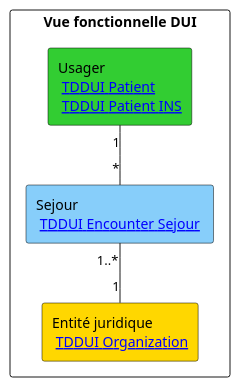
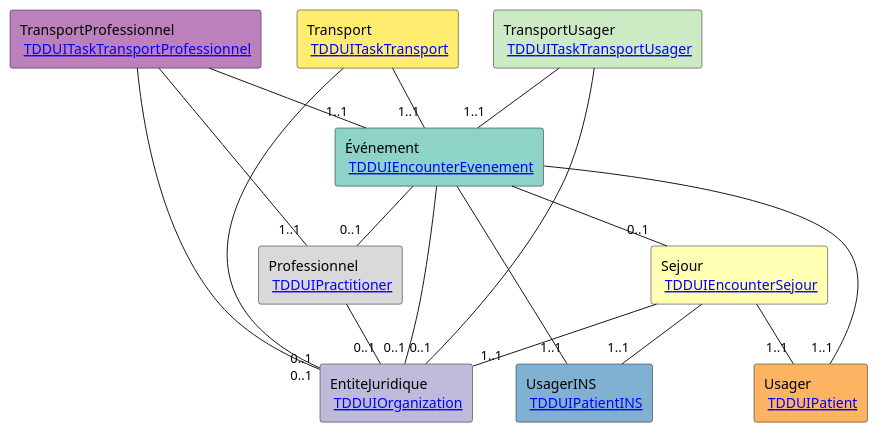
One commit to ansforge/IG-fhir-medicosocial-transfert-donnees-dui changed the diagram in input/images-source/mapping_global.plantuml. Above: the diagram before and after it, drawn with PlantUML. The commit also changed 7 other files, not shown here.

Commit message:
Ajout des diagrammes de mapping

```diff
--- a/input/images-source/mapping_global.plantuml
+++ b/input/images-source/mapping_global.plantuml
@@ -1,17 +1,44 @@
 @startuml
 
-'Declaration des éléments
-rectangle "Vue fonctionnelle DUI" {
+rectangle "Événement \n [[StructureDefinition-tddui-encounter-evenement.html TDDUIEncounterEvenement]]" as Événement #8dd3c7 
 
-    rectangle "Sejour \n [[StructureDefinition-tddui-encounter-sejour.html TDDUI Encounter Sejour]] " as Sejour #LightSkyBlue;line:Black;text:Black
+rectangle "Sejour \n [[StructureDefinition-tddui-encounter-sejour.html TDDUIEncounterSejour]]" as Sejour #ffffb3 
 
-    rectangle "Entité juridique \n [[StructureDefinition-tddui-organization.html TDDUI Organization]]" as EJ #Gold;line:Black;text:Black
+rectangle "EntiteJuridique \n [[StructureDefinition-tddui-organization.html TDDUIOrganization]]" as EntiteJuridique #bebada 
 
-    rectangle "Usager \n [[StructureDefinition-tddui-patient.html TDDUI Patient]] \n [[StructureDefinition-tddui-patient-ins.html TDDUI Patient INS]]" as Usager #LimeGreen;line:Black;text:Black
-}
+rectangle "UsagerINS \n [[StructureDefinition-tddui-patient-ins.html TDDUIPatientINS]]" as UsagerINS #80b1d3 
 
-'Liens entre éléments
-Usager "1"--"*" Sejour
-Sejour "1..*"--"1" EJ
+rectangle "Usager \n [[StructureDefinition-tddui-patient.html TDDUIPatient]]" as Usager #fdb462 
+
+rectangle "Professionnel \n [[StructureDefinition-tddui-practitioner-role.html TDDUIPractitionerRole]]" as Professionnel #b3de69 
+
+rectangle "Professionnel \n [[StructureDefinition-tddui-practitioner.html TDDUIPractitioner]]" as Professionnel #d9d9d9 
+
+rectangle "TransportProfessionnel \n [[StructureDefinition-tddui-task-transport-professionnel.html TDDUITaskTransportProfessionnel]]" as TransportProfessionnel #bc80bd 
+
+rectangle "Transport \n [[StructureDefinition-tddui-task-transport-professionnel.html TDDUITaskTransportProfessionnel]]" as Transport #bc80bd 
+
+rectangle "TransportUsager \n [[StructureDefinition-tddui-task-transport-usager.html TDDUITaskTransportUsager]]" as TransportUsager #ccebc5 
+
+rectangle "Transport \n [[StructureDefinition-tddui-task-transport-usager.html TDDUITaskTransportUsager]]" as Transport #ccebc5 
+
+rectangle "Transport \n [[StructureDefinition-tddui-task-transport.html TDDUITaskTransport]]" as Transport #ffed6f 
+
+Événement -- "1..1" Usager
+Événement -- "1..1" UsagerINS
+Événement -- "0..1" Professionnel
+Événement -- "0..1" EntiteJuridique
+Événement -- "0..1" Sejour
+Sejour -- "1..1" Usager
+Sejour -- "1..1" UsagerINS
+Sejour -- "1..1" EntiteJuridique
+Professionnel -- "0..1" EntiteJuridique
+TransportProfessionnel -- "1..1" Événement
+TransportProfessionnel -- "0..1" EntiteJuridique
+TransportProfessionnel -- "1..1" Professionnel
+Transport -- "1..1" Événement
+Transport -- "0..1" EntiteJuridique
+TransportUsager -- "1..1" Événement
+TransportUsager -- "0..1" EntiteJuridique
 
 @enduml
```
